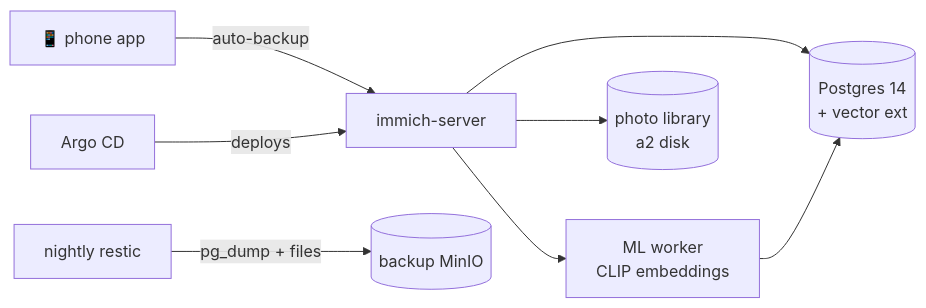
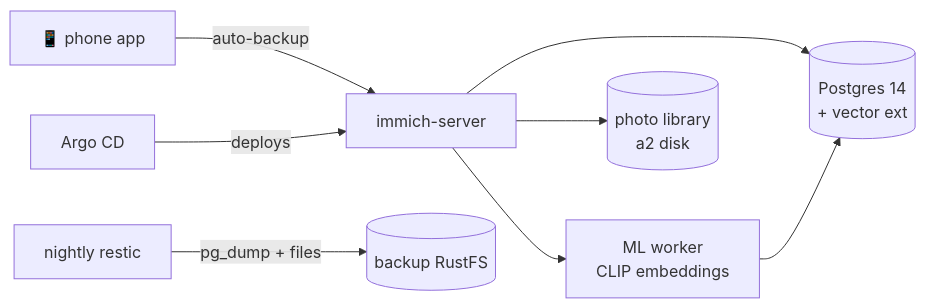
Before and after one commit to briancaffey/home-lab: the diagram in docs-site/docs/media/immich.md, drawn with Mermaid. The commit also changed 28 other files, not shown here.

````diff
--- a/docs-site/docs/media/immich.md
+++ b/docs-site/docs/media/immich.md
@@ -36,10 +36,10 @@
 ```mermaid
 flowchart LR
     PHONE[📱 phone app] -->|auto-backup| S[immich-server]
     S --> PG[(Postgres 14<br/>+ vector ext)]
     S --> ML[ML worker<br/>CLIP embeddings]
     ML --> PG
     S --> LIB[(photo library<br/>a2 disk)]
-    RESTIC[nightly restic] -->|pg_dump + files| MINIO[(backup MinIO)]
+    RESTIC[nightly restic] -->|pg_dump + files| S3[(backup RustFS)]
     ARGO[Argo CD] -->|deploys| S
 ```
````
